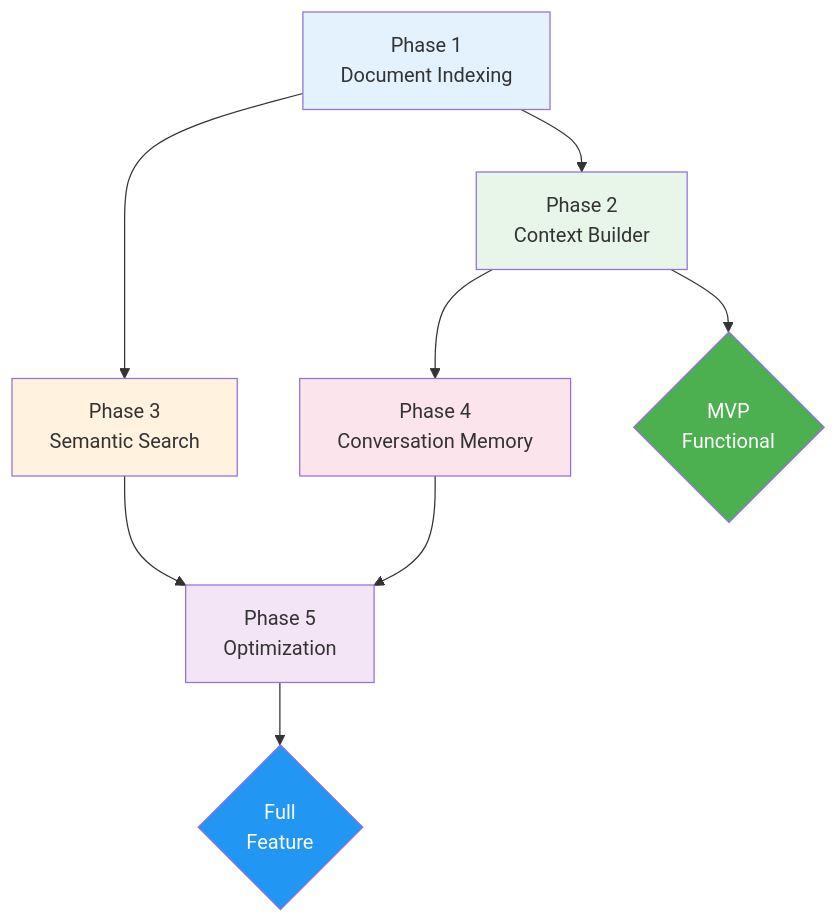
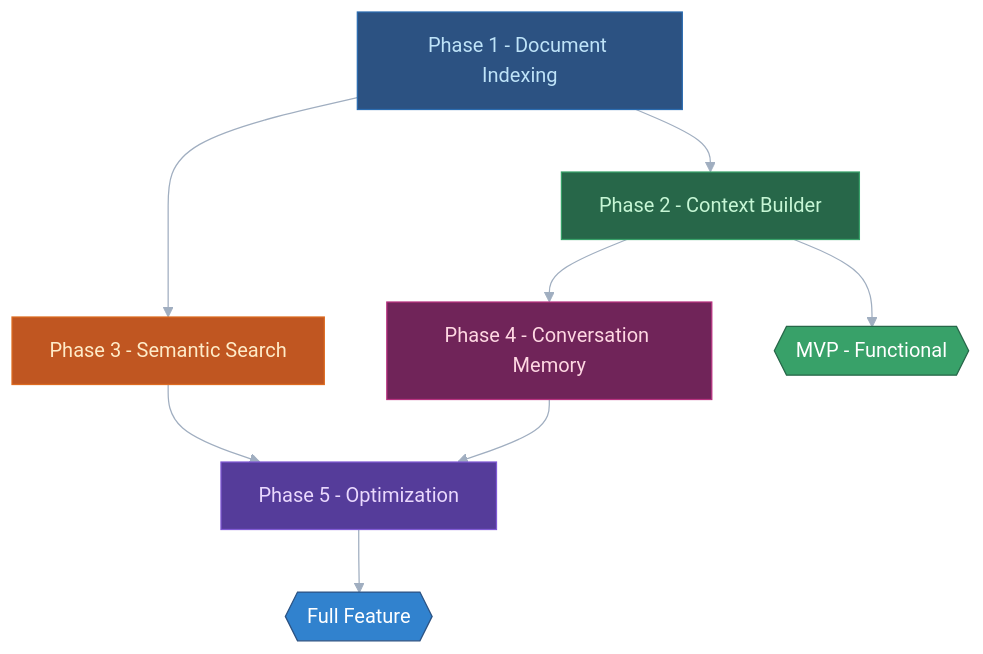
One commit to manumishra-zm/execution_plan changed diagram 12 of 22 in chat_context/chat_context.md. Above: the diagram before and after it, drawn with Mermaid. The commit also changed other lines of this file, not shown here.

````diff
--- a/chat_context/chat_context.md
+++ b/chat_context/chat_context.md
@@ -477,28 +499,29 @@
 ```mermaid
+%%{init: {'theme': 'base', 'themeVariables': { 'primaryColor': '#4a5568', 'primaryTextColor': '#e2e8f0', 'lineColor': '#a0aec0'}}}%%
 flowchart TD
-    P1[Phase 1<br/>Document Indexing]
-    P2[Phase 2<br/>Context Builder]
-    P3[Phase 3<br/>Semantic Search]
-    P4[Phase 4<br/>Conversation Memory]
-    P5[Phase 5<br/>Optimization]
+    P1["Phase 1 - Document Indexing"]
+    P2["Phase 2 - Context Builder"]
+    P3["Phase 3 - Semantic Search"]
+    P4["Phase 4 - Conversation Memory"]
+    P5["Phase 5 - Optimization"]
 
     P1 --> P2
     P1 --> P3
     P2 --> P4
     P3 --> P5
     P4 --> P5
 
-    MVP{MVP<br/>Functional}
-    FULL{Full<br/>Feature}
+    MVP{{"MVP - Functional"}}
+    FULL{{"Full Feature"}}
 
     P2 --> MVP
     P5 --> FULL
 
-    style P1 fill:#e3f2fd
-    style P2 fill:#e8f5e9
-    style P3 fill:#fff3e0
-    style P4 fill:#fce4ec
-    style P5 fill:#f3e5f5
-    style MVP fill:#4caf50,color:#fff
-    style FULL fill:#2196f3,color:#fff
+    style P1 fill:#2c5282,color:#bee3f8,stroke:#2b6cb0
+    style P2 fill:#276749,color:#c6f6d5,stroke:#38a169
+    style P3 fill:#c05621,color:#feebc8,stroke:#dd6b20
+    style P4 fill:#702459,color:#fed7e2,stroke:#b83280
+    style P5 fill:#553c9a,color:#e9d8fd,stroke:#805ad5
+    style MVP fill:#38a169,color:#fff,stroke:#276749
+    style FULL fill:#3182ce,color:#fff,stroke:#2c5282
 ```
````
